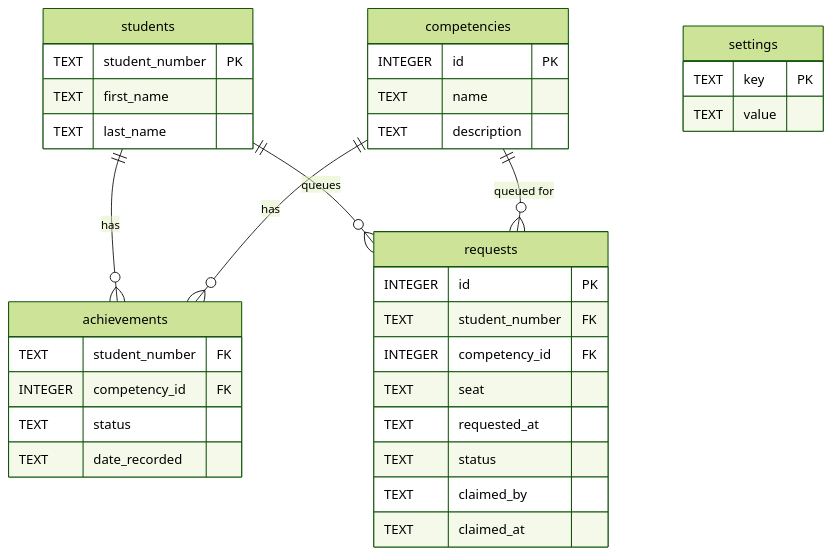
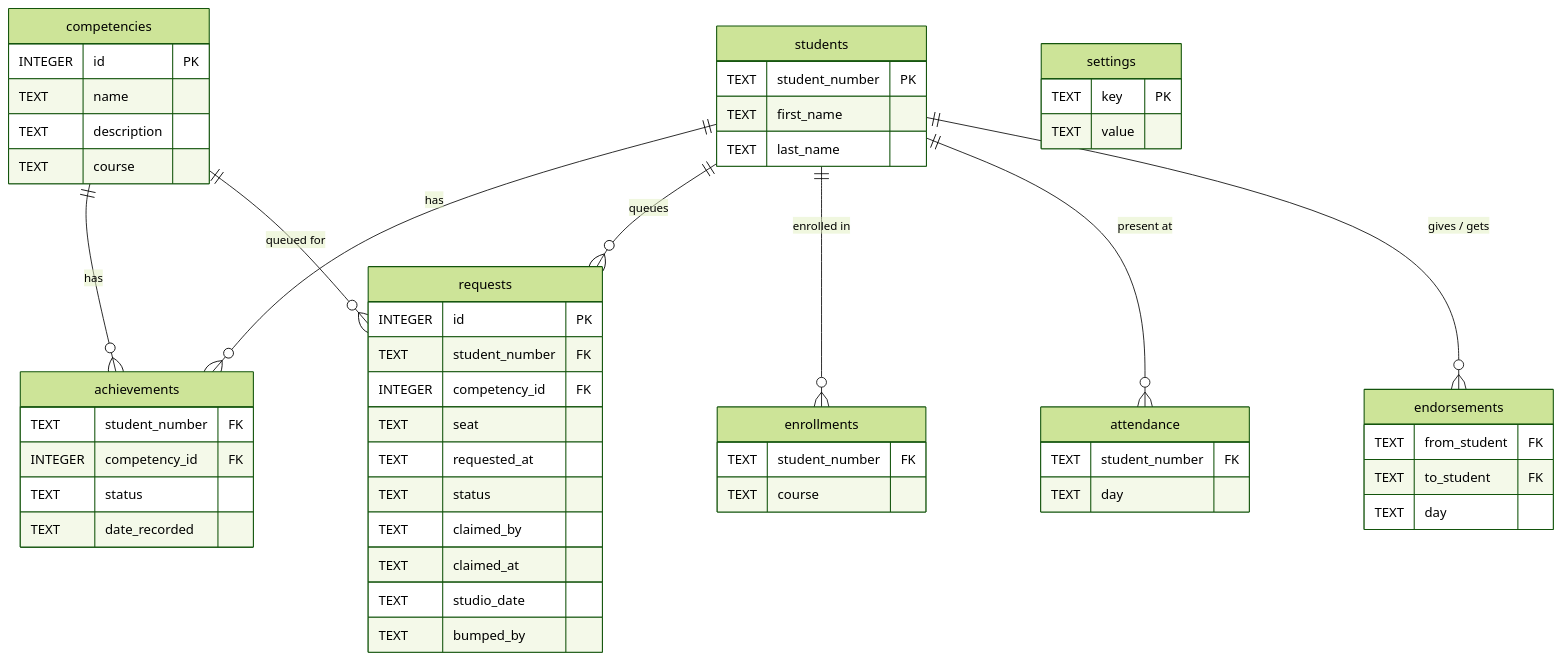
Before and after one commit to Zag-Research/competencies-app: the fourth of 4 diagrams in README.md, drawn with Mermaid (forest theme). The commit also changed other lines of this file and 7 other files, not shown here.

````diff
--- a/README.md
+++ b/README.md
@@ -225,37 +287,56 @@
 ```mermaid
 erDiagram
     students ||--o{ achievements : "has"
     competencies ||--o{ achievements : "has"
     students ||--o{ requests : "queues"
     competencies ||--o{ requests : "queued for"
+    students ||--o{ enrollments : "enrolled in"
+    students ||--o{ attendance : "present at"
+    students ||--o{ endorsements : "gives / gets"
     students {
         TEXT student_number PK
         TEXT first_name
         TEXT last_name
     }
     competencies {
         INTEGER id PK
         TEXT name
         TEXT description
+        TEXT course
     }
     achievements {
         TEXT student_number FK
         INTEGER competency_id FK
         TEXT status
         TEXT date_recorded
     }
     requests {
         INTEGER id PK
         TEXT student_number FK
         INTEGER competency_id FK
         TEXT seat
         TEXT requested_at
         TEXT status
         TEXT claimed_by
         TEXT claimed_at
+        TEXT studio_date
+        TEXT bumped_by
+    }
+    enrollments {
+        TEXT student_number FK
+        TEXT course
+    }
+    attendance {
+        TEXT student_number FK
+        TEXT day
+    }
+    endorsements {
+        TEXT from_student FK
+        TEXT to_student FK
+        TEXT day
     }
     settings {
         TEXT key PK
         TEXT value
     }
 ```
````
